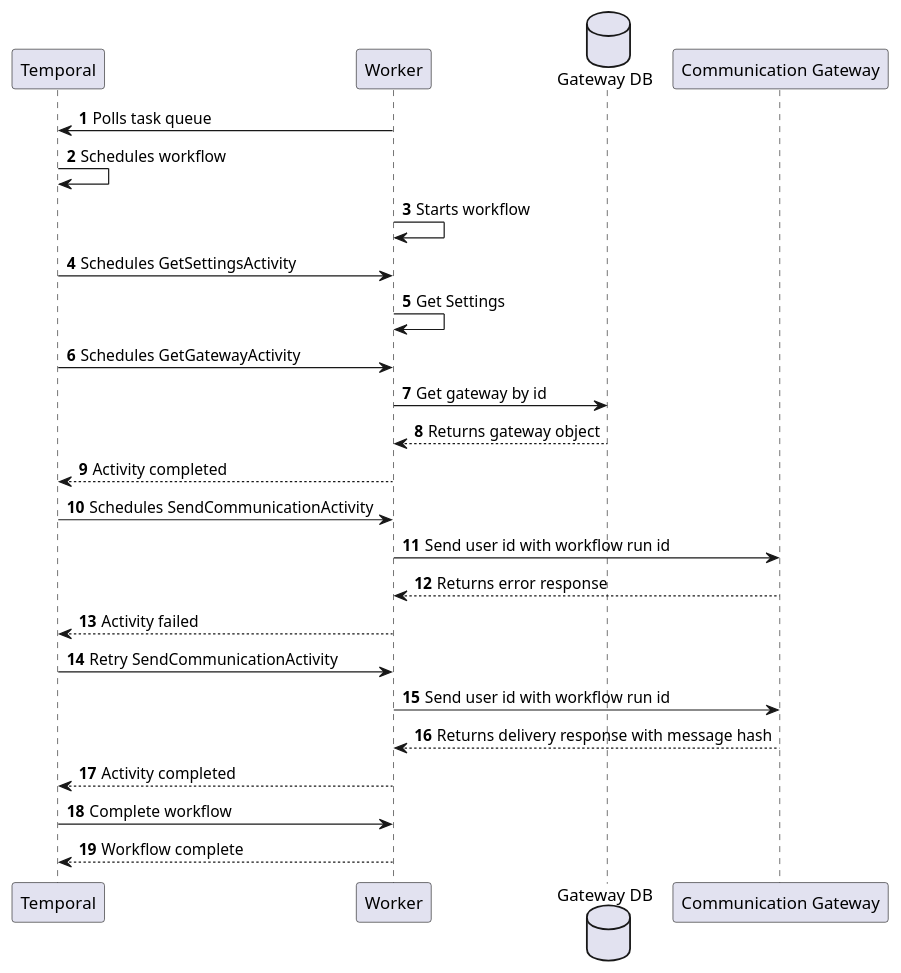
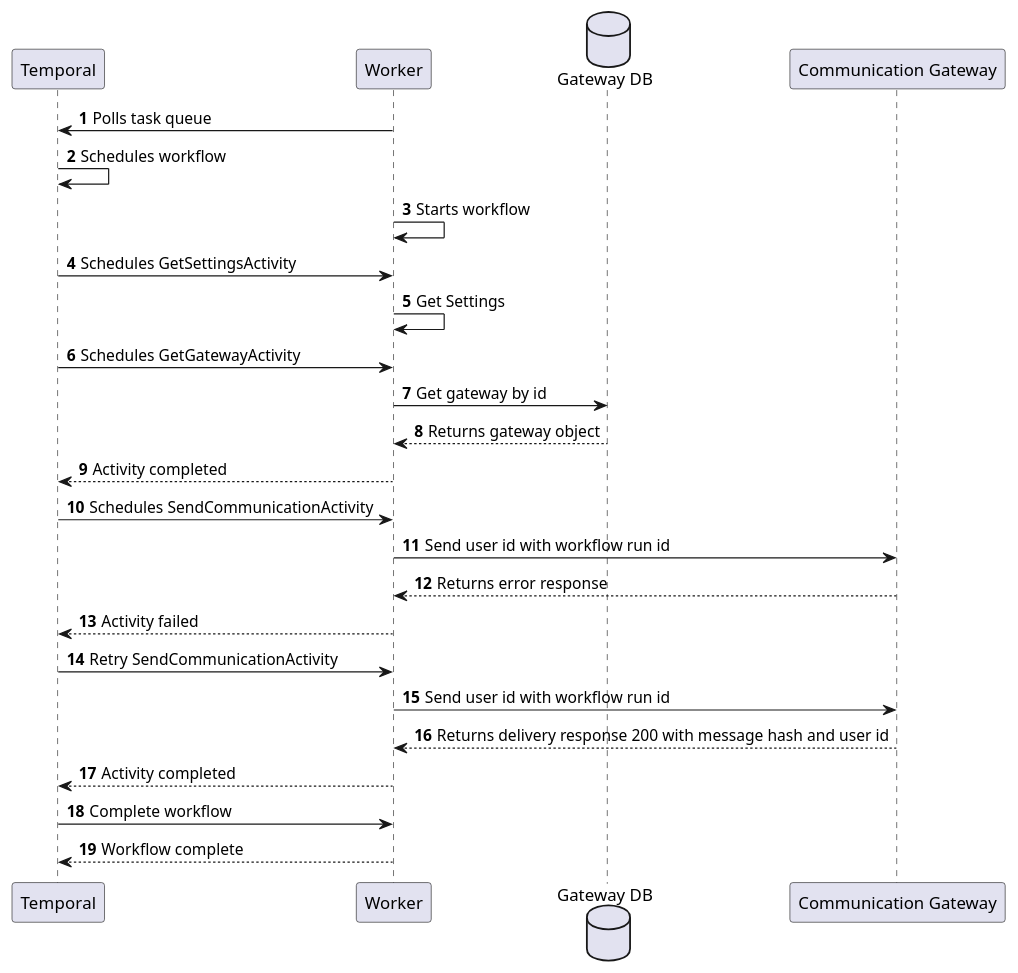
Before and after one commit to CameronWard301/communication_scheduler: the diagram in Designs/Sequence Diagrams/SendCommunicationHandleError.puml, drawn with PlantUML. The commit also changed 19 other files, not shown here.

Commit message:
Update/diagrams

```diff
--- a/Designs/Sequence Diagrams/SendCommunicationHandleError.puml
+++ b/Designs/Sequence Diagrams/SendCommunicationHandleError.puml
@@ -1,30 +1,30 @@
 @startuml Create New Workflow
 
 participant "Temporal" as temporal
 participant "Worker" as worker
 database "Gateway DB" as gwdb
 
 participant "Communication Gateway" as cgw
 
 autonumber
 
 worker -> temporal: Polls task queue
 temporal -> temporal: Schedules workflow
 worker -> worker: Starts workflow
 temporal -> worker: Schedules GetSettingsActivity
 worker -> worker: Get Settings
 temporal -> worker: Schedules GetGatewayActivity
 worker -> gwdb: Get gateway by id
 gwdb --> worker: Returns gateway object
 worker --> temporal: Activity completed
 temporal -> worker: Schedules SendCommunicationActivity
 worker -> cgw: Send user id with workflow run id
 cgw --> worker: Returns error response
 worker --> temporal: Activity failed
 temporal -> worker: Retry SendCommunicationActivity
 worker -> cgw: Send user id with workflow run id
-cgw --> worker: Returns delivery response with message hash
+cgw --> worker: Returns delivery response 200 with message hash and user id
 worker --> temporal: Activity completed
 temporal -> worker: Complete workflow
 worker --> temporal: Workflow complete
 @enduml
```
